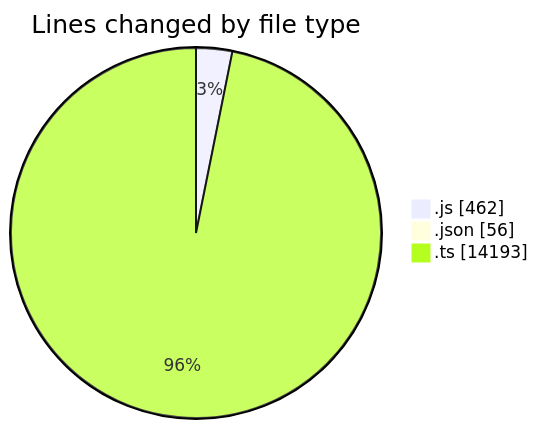
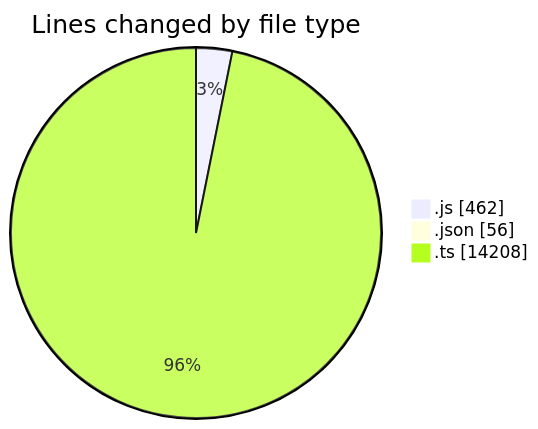
The first of 2 diagrams in 2025-09-04/cda/README.md (momahboobian/code-tracking), drawn with Mermaid before and after one commit. The commit also changed other lines of this file and 1 other file, not shown here.

````diff
--- a/2025-09-04/cda/README.md
+++ b/2025-09-04/cda/README.md
@@ -34,7 +34,7 @@
 ```mermaid
 pie showData
 title Lines changed by file type
 ".js" : 462
 ".json" : 56
-".ts" : 14193
+".ts" : 14208
 ```
````
